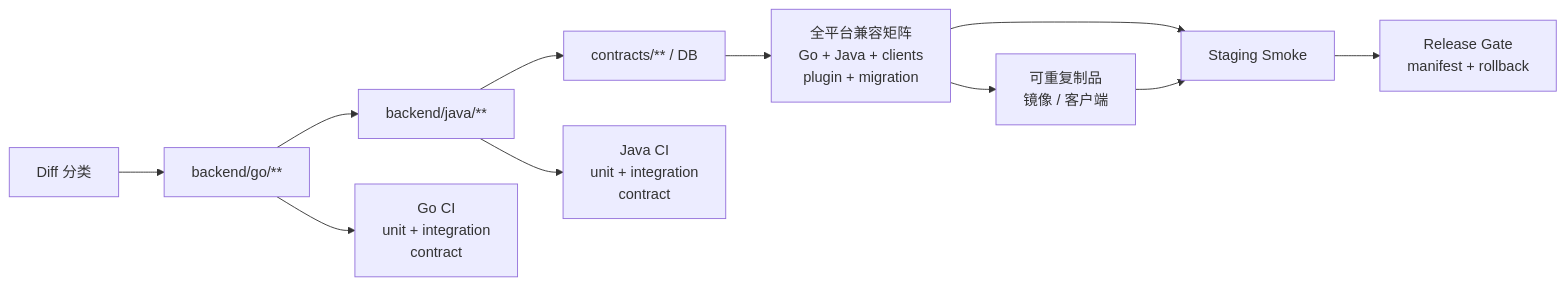
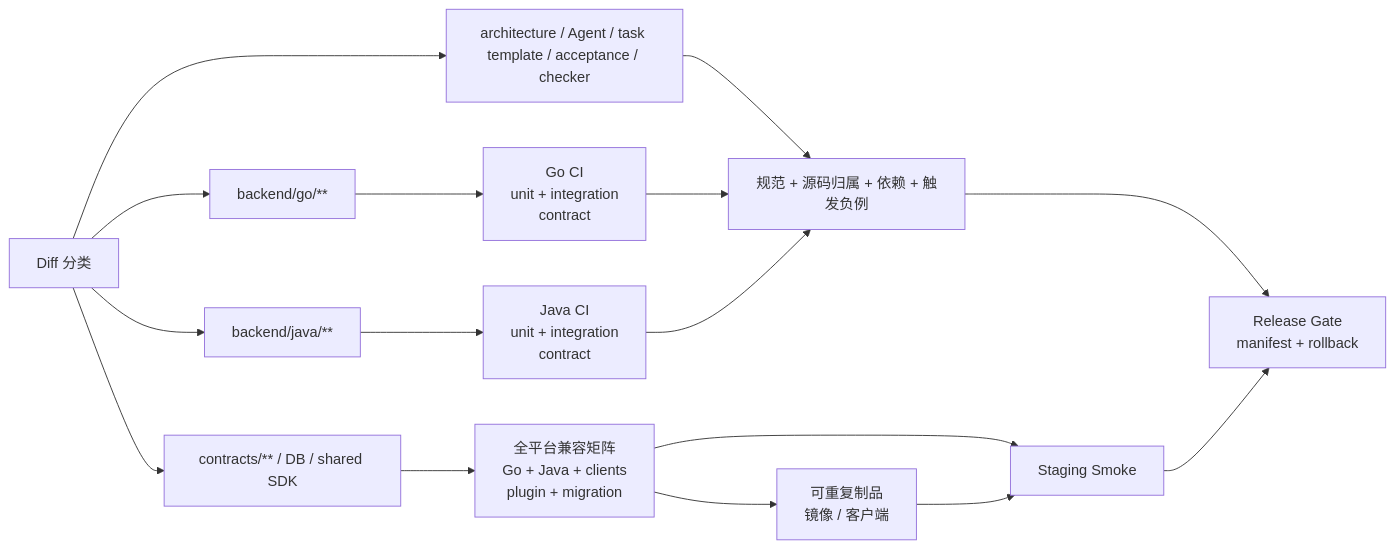
Before and after one commit to nilesthump/IM-platform: the eighth of 9 diagrams in spec/architecture/frozen-architecture.md, drawn with Mermaid. The commit also changed other lines of this file and 62 other files, not shown here.

Commit message:
fix(architecture): reconcile frozen baseline and stage remediation

````diff
--- a/spec/architecture/frozen-architecture.md
+++ b/spec/architecture/frozen-architecture.md
@@ -779,12 +806,19 @@
 ```mermaid
 flowchart LR
   Diff["Diff 分类"]
-  Diff --> GoPath["backend/go/**"] --> JavaPath["backend/java/**"] --> Shared["contracts/** / DB"]
+  Diff --> GoPath["backend/go/**"]
+  Diff --> JavaPath["backend/java/**"]
+  Diff --> Shared["contracts/** / DB / shared SDK"]
+  Diff --> Rules["architecture / Agent / task template / acceptance / checker"]
+  Rules --> Structure["规范 + 源码归属 + 依赖 + 触发负例"]
+  GoCI --> Structure
+  JavaCI --> Structure
+  Structure --> Gate
   GoPath --> GoCI["Go CI<br/>unit + integration<br/>contract"]
   JavaPath --> JavaCI["Java CI<br/>unit + integration<br/>contract"]
   Shared --> Matrix["全平台兼容矩阵<br/>Go + Java + clients<br/>plugin + migration"]
   Matrix --> Artifacts["可重复制品<br/>镜像 / 客户端"]
   Matrix --> Smoke["Staging Smoke"]
   Artifacts --> Smoke
   Smoke --> Gate["Release Gate<br/>manifest + rollback"]
 ```
````
